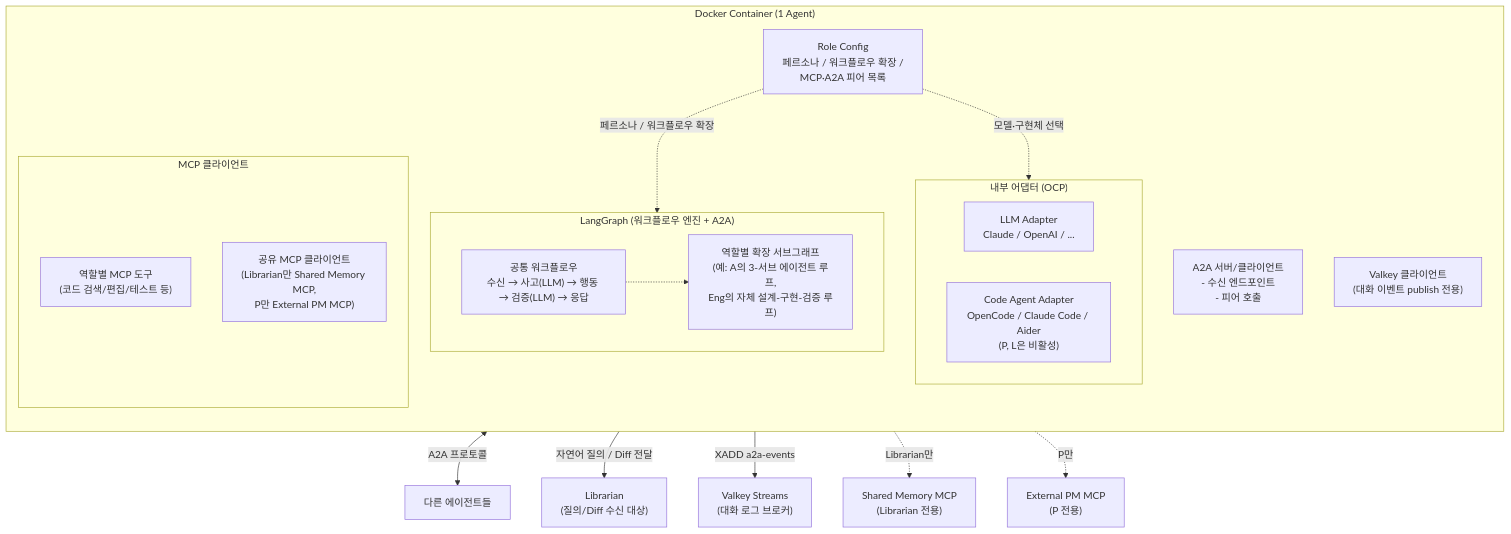
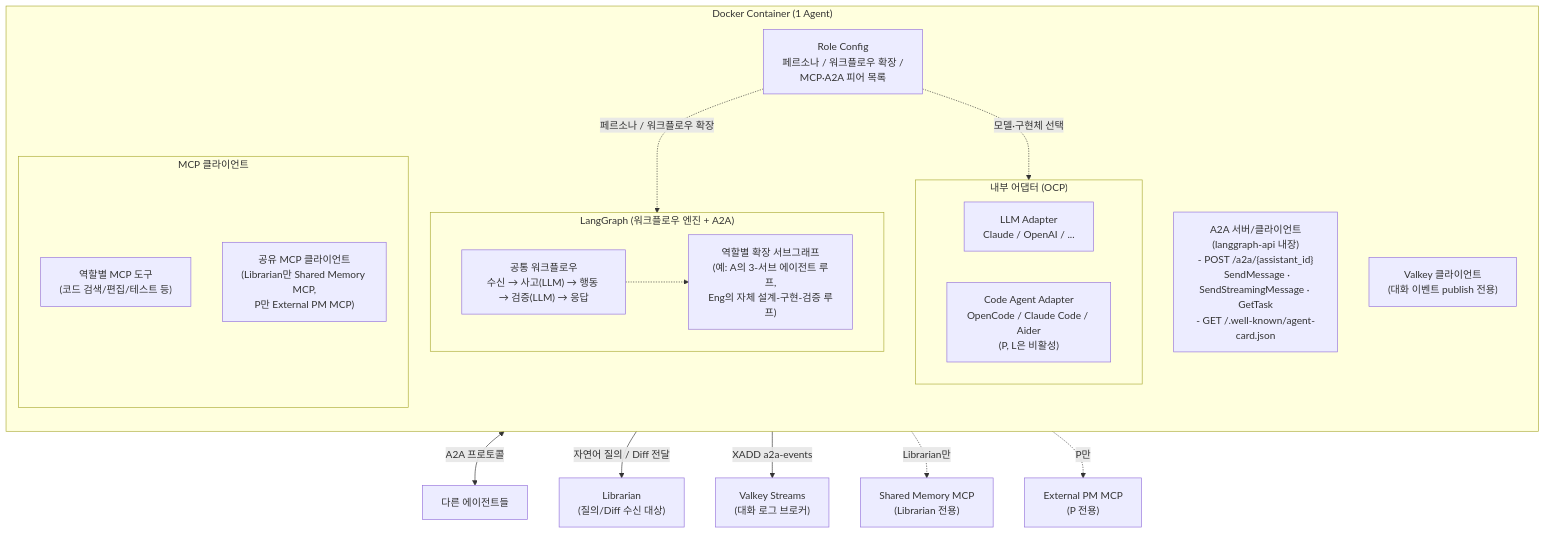
One commit to vonkernel/dev-team changed the second of 13 diagrams in docs/proposal.md. Above: the diagram before and after it, drawn with Mermaid. The commit also changed other lines of this file, not shown here.

````diff
--- a/docs/proposal.md
+++ b/docs/proposal.md
@@ -164,43 +167,43 @@
 ```mermaid
 graph TD
     subgraph Container["Docker Container (1 Agent)"]
         direction TB
         RoleConfig["Role Config<br/>페르소나 / 워크플로우 확장 /<br/>MCP·A2A 피어 목록"]
 
         subgraph LG["LangGraph (워크플로우 엔진 + A2A)"]
             Base["공통 워크플로우<br/>수신 → 사고(LLM) → 행동 → 검증(LLM) → 응답"]
             Ext["역할별 확장 서브그래프<br/>(예: A의 3-서브 에이전트 루프,<br/>Eng의 자체 설계-구현-검증 루프)"]
             Base -.-> Ext
         end
 
         subgraph Adapters["내부 어댑터 (OCP)"]
             LLMAdapter["LLM Adapter<br/>Claude / OpenAI / ..."]
             CodeAdapter["Code Agent Adapter<br/>OpenCode / Claude Code / Aider<br/>(P, L은 비활성)"]
         end
 
         subgraph LocalMCP["MCP 클라이언트"]
             RoleMCP["역할별 MCP 도구<br/>(코드 검색/편집/테스트 등)"]
             SharedMcpClient["공유 MCP 클라이언트<br/>(Librarian만 Shared Memory MCP,<br/>P만 External PM MCP)"]
         end
 
-        A2A["A2A 서버/클라이언트<br/>- 수신 엔드포인트<br/>- 피어 호출"]
+        A2A["A2A 서버/클라이언트<br/>(langgraph-api 내장)<br/>- POST /a2a/{assistant_id}<br/>&nbsp;&nbsp;SendMessage · SendStreamingMessage · GetTask<br/>- GET /.well-known/agent-card.json"]
         BrokerClient["Valkey 클라이언트<br/>(대화 이벤트 publish 전용)"]
     end
 
     Peers["다른 에이전트들"]
     Librarian["Librarian<br/>(질의/Diff 수신 대상)"]
     Broker["Valkey Streams<br/>(대화 로그 브로커)"]
     SharedMemMCP["Shared Memory MCP<br/>(Librarian 전용)"]
     ExtPmMCP["External PM MCP<br/>(P 전용)"]
 
     RoleConfig -.페르소나 / 워크플로우 확장.-> LG
     RoleConfig -.모델·구현체 선택.-> Adapters
     %% LocalMCP, A2A는 RoleConfig의 목록을 읽어 초기화 (자명하므로 엣지 생략)
     %% BrokerClient는 RoleConfig와 무관 — 환경변수로 Valkey 설정 주입
 
     A2A <-->|A2A 프로토콜| Peers
     A2A -->|자연어 질의 / Diff 전달| Librarian
     BrokerClient -->|XADD a2a-events| Broker
     SharedMcpClient -.Librarian만.-> SharedMemMCP
     SharedMcpClient -.P만.-> ExtPmMCP
 ```
````
